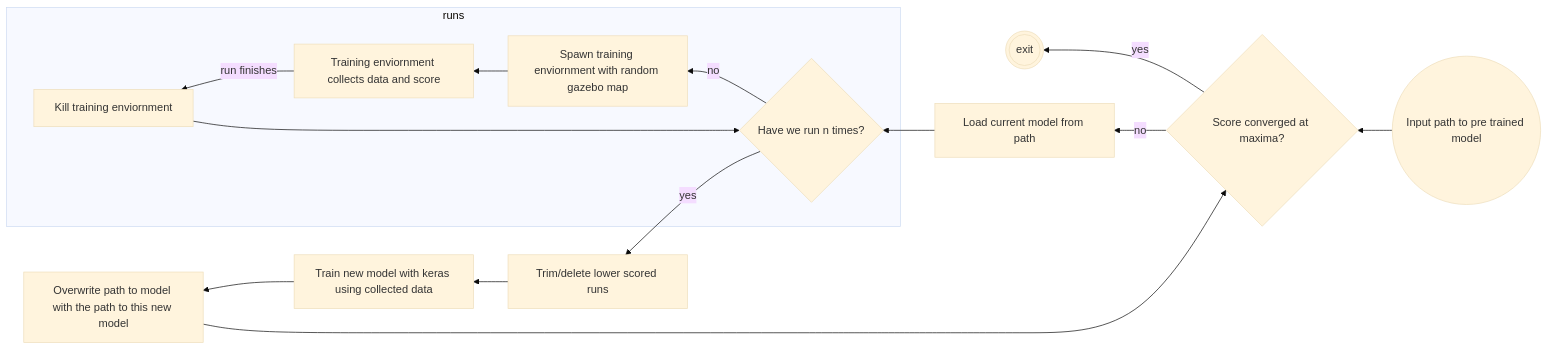
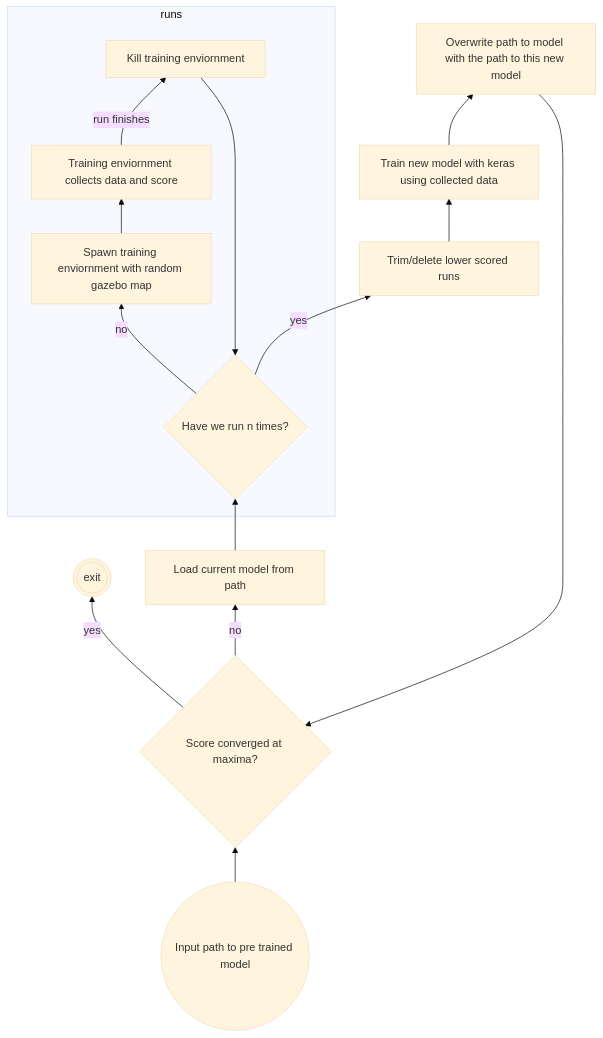
One commit to ISC-Project-Phoenix/design changed the second of 2 diagrams in software/ros/phoenix_training.md. Above: the diagram before and after it, drawn with Mermaid (base theme).

````diff
--- a/software/ros/phoenix_training.md
+++ b/software/ros/phoenix_training.md
@@ -58,20 +58,20 @@
 ```mermaid
-graph RL
+graph BT
     init((Input path to pre trained model)) --> loop{Score converged at maxima?}
     loop -- yes --> Exit(((exit)))
 
     loop -- no --> load[Load current model from path]
     load --> runloop
 
     subgraph runs
     runloop{Have we run n times?} -- no --> loadmap[Spawn training enviornment with random gazebo map]
     loadmap --> collect[Training enviornment collects data and score]
     collect -- run finishes --> killn[Kill training enviornment]
     killn --> runloop 
     end
 
     runloop -- yes --> trim[Trim/delete lower scored runs]
     trim --> train[Train new model with keras using collected data]
     train --> env[Overwrite path to model with the path to this new model]
     env --> loop
 ```
````
